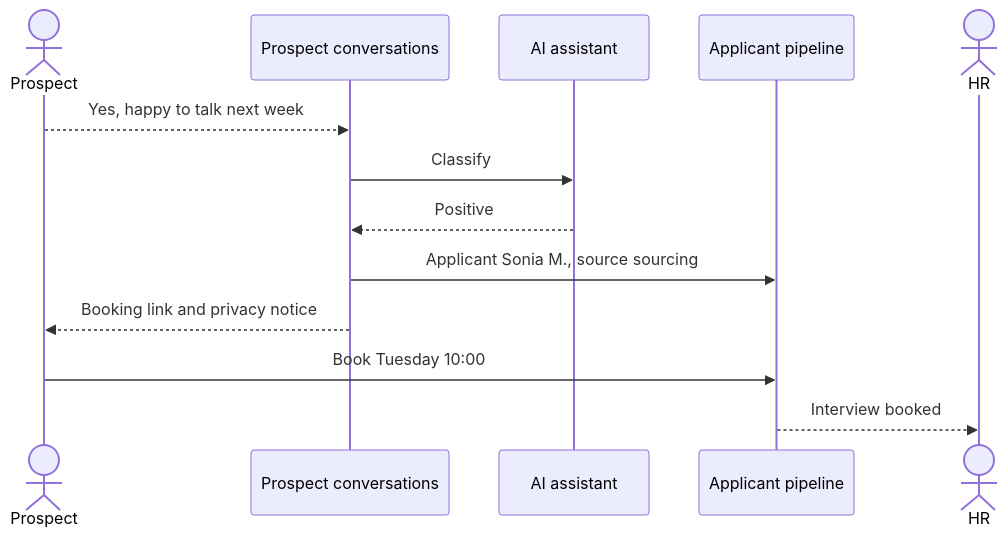
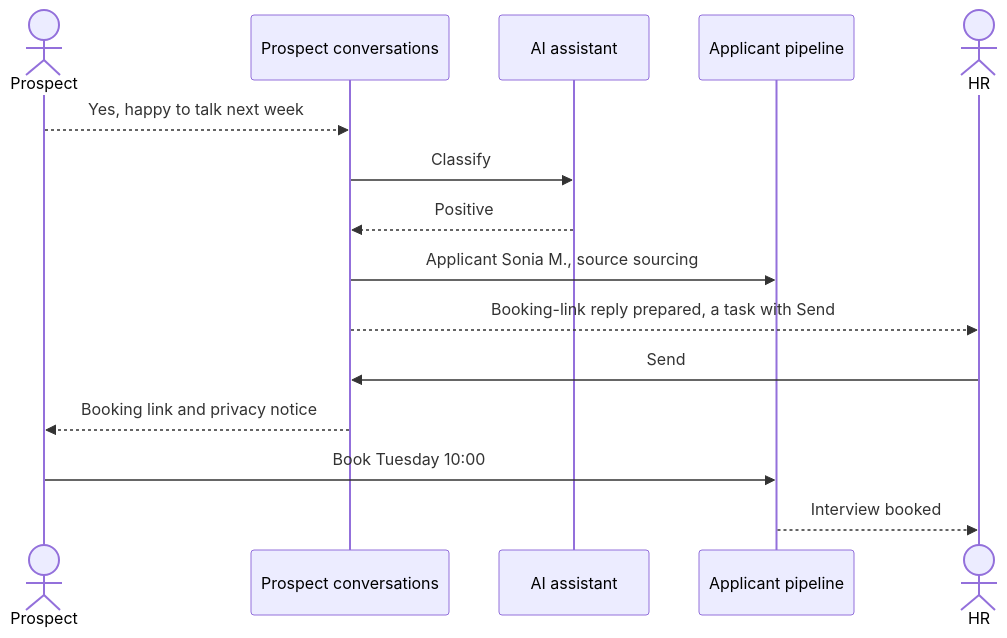
One commit to gpbcom/SimpleERP changed the diagram in docs/specs/02-functional/f09-hr-and-projects/use-cases/02-recruit/uc-f09-42-turn-a-positive-reply-into-an-applicant.md. Above: the diagram before and after it, drawn with Mermaid. The commit also changed other lines of this file and 8816 other files, not shown here.

````diff
--- a/docs/specs/02-functional/f09-hr-and-projects/use-cases/02-recruit/uc-f09-42-turn-a-positive-reply-into-an-applicant.md
+++ b/docs/specs/02-functional/f09-hr-and-projects/use-cases/02-recruit/uc-f09-42-turn-a-positive-reply-into-an-applicant.md
@@ -127,15 +138,17 @@
 ```mermaid
 sequenceDiagram
   actor P as Prospect
   participant Q as Prospect conversations
   participant A as AI assistant
   participant AP as Applicant pipeline
   actor H as HR
   P-->>Q: Yes, happy to talk next week
   Q->>A: Classify
   A-->>Q: Positive
   Q->>AP: Applicant Sonia M., source sourcing
+  Q-->>H: Booking-link reply prepared, a task with Send
+  H->>Q: Send
   Q-->>P: Booking link and privacy notice
   P->>AP: Book Tuesday 10:00
   AP-->>H: Interview booked
 ```
````
